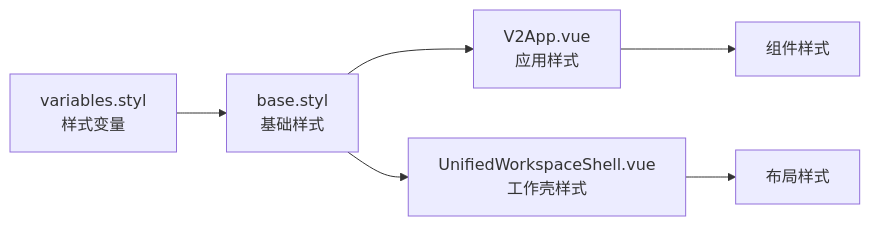
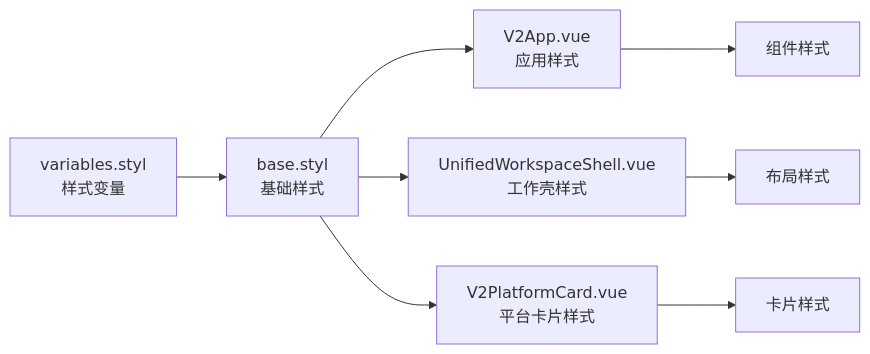
Before and after one commit to terwer/siyuan-plugin-publisher: the third of 7 diagrams in .qoder/repowiki/zh/content/用户界面组件/用户界面组件.md, drawn with Mermaid. The commit also changed other lines of this file and 18 other files, not shown here.

First line of the commit message:
docs(core-architecture): add detailed Composition API design patterns document

````diff
--- a/.qoder/repowiki/zh/content/用户界面组件/用户界面组件.md
+++ b/.qoder/repowiki/zh/content/用户界面组件/用户界面组件.md
@@ -248,8 +267,10 @@
 ```mermaid
 graph LR
 VAR["variables.styl<br/>样式变量"] --> BASE["base.styl<br/>基础样式"]
 BASE --> V2APP["V2App.vue<br/>应用样式"]
 BASE --> UWS["UnifiedWorkspaceShell.vue<br/>工作壳样式"]
+BASE --> V2PLATFORMCARD["V2PlatformCard.vue<br/>平台卡片样式"]
 V2APP --> COMPONENTS["组件样式"]
 UWS --> LAYOUT["布局样式"]
+V2PLATFORMCARD --> CARDSTYLE["卡片样式"]
 ```
````
